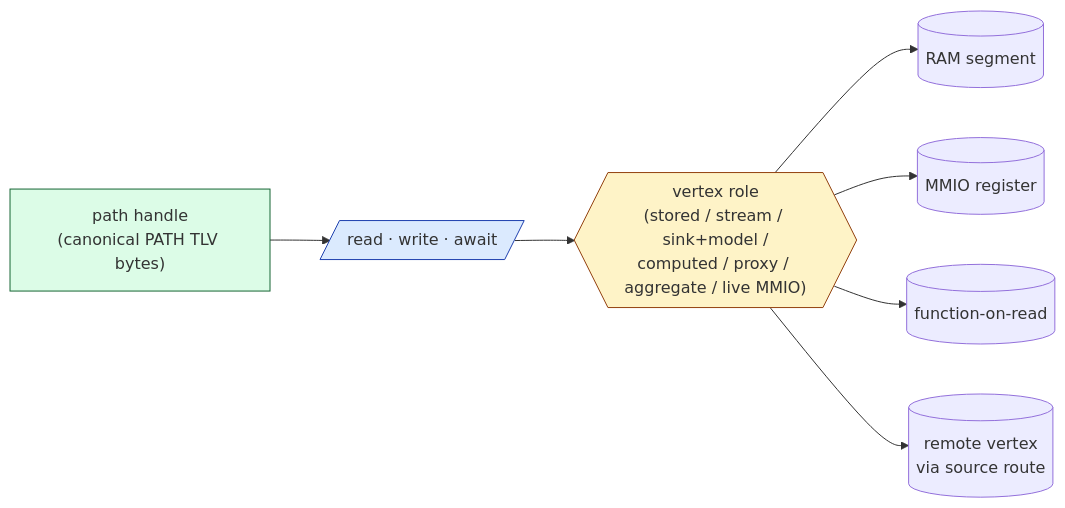
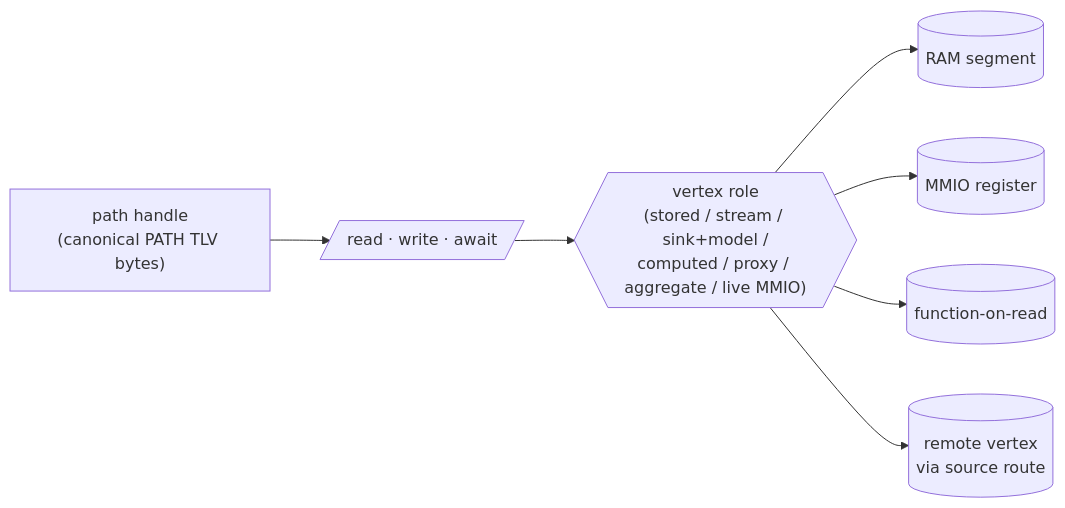
The diagram in docs/reference/11-vertex-roles-and-aggregation.md (avatarsd-llc/libtracer), drawn with Mermaid before and after one commit. The commit also changed other lines of this file and 32 other files, not shown here.

First line of the commit message:
docs: every diagram on the shared vocabulary, with alt text (#2373)

````diff
--- a/docs/reference/11-vertex-roles-and-aggregation.md
+++ b/docs/reference/11-vertex-roles-and-aggregation.md
@@ -25,19 +25,20 @@
 ```mermaid
 flowchart LR
+    accTitle: One API, many vertex roles
+    accDescr: A path handle, the canonical PATH TLV bytes, is used with read, write or await. The vertex role decides what answers: stored, stream, sink with model, computed, proxy, aggregate or live MMIO. It can be backed by a RAM segment, an MMIO register, a function on read, or a remote vertex reached by source route.
     H["path handle<br/>(canonical PATH TLV bytes)"]
     API[/"read · write · await"/]
     R{{"vertex role<br/>(stored / stream / sink+model /<br/>computed / proxy / aggregate / live MMIO)"}}
     BACK1[("RAM segment")]
     BACK2[("MMIO register")]
     BACK3[("function-on-read")]
     BACK4[("remote vertex<br/>via source route")]
     H --> API
     API --> R
     R --> BACK1
     R --> BACK2
     R --> BACK3
     R --> BACK4
-    style H fill:#dcfce7,stroke:#166534
-    style API fill:#dbeafe,stroke:#1e40af
-    style R fill:#fef3c7,stroke:#92400e
+    class H record
+    class R vertex
 ```
````
